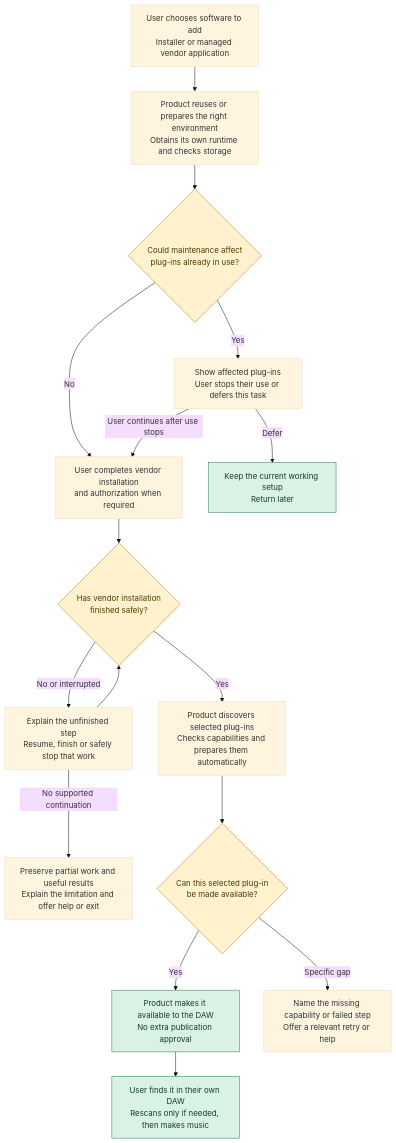
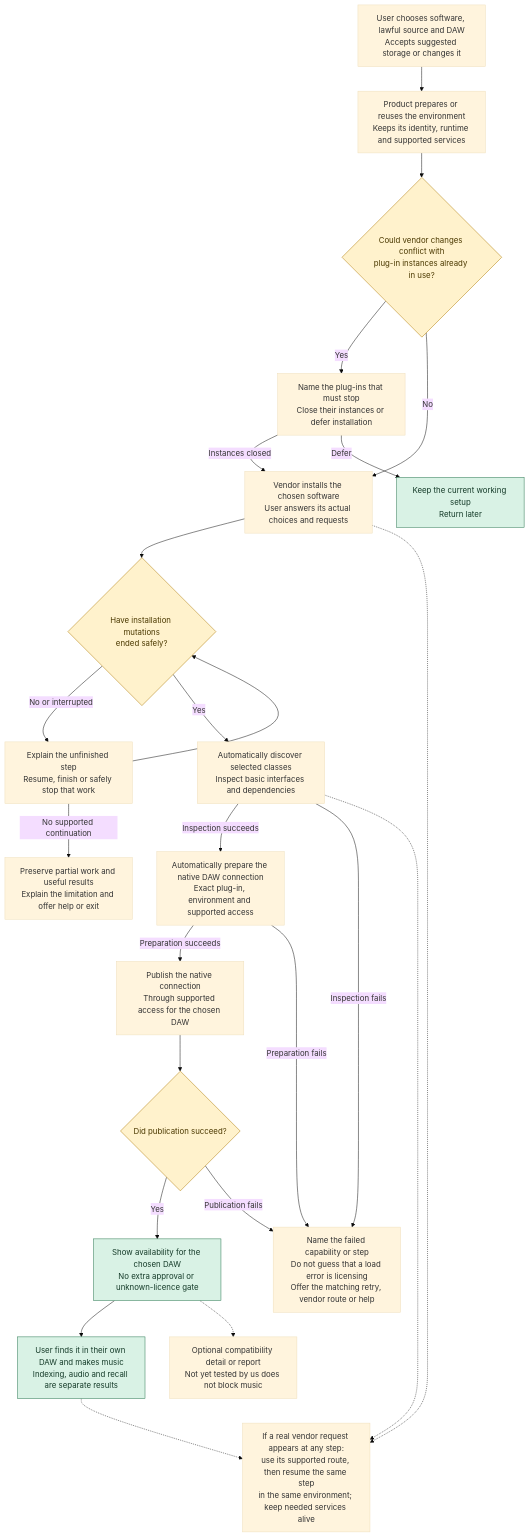
The diagram in docs/design-dossier/flows/install.mmd (kasselvania/Linux-VST-bridge), drawn with Mermaid (base theme) before and after one commit. The commit also changed 5 other files, not shown here.

Commit message:
docs: separate vendor work from DAW availability

```diff
--- a/docs/design-dossier/flows/install.mmd
+++ b/docs/design-dossier/flows/install.mmd
@@ -1,20 +1,28 @@
 flowchart TD
-    Choose["User chooses software to add<br/>Installer or managed vendor application"] --> Context["Product reuses or prepares the right environment<br/>Obtains its own runtime and checks storage"]
-    Context --> Shared{"Could maintenance affect<br/>plug-ins already in use?"}
-    Shared -->|Yes| Pause["Show affected plug-ins<br/>User stops their use or defers this task"]
-    Shared -->|No| Vendor["User completes vendor installation<br/>and authorization when required"]
-    Pause -->|User continues after use stops| Vendor
+    Choose["User chooses software, lawful source and DAW<br/>Accepts suggested storage or changes it"] --> Context["Product prepares or reuses the environment<br/>Keeps its identity, runtime and supported services"]
+    Context --> Shared{"Could vendor changes conflict with<br/>plug-in instances already in use?"}
+    Shared -->|Yes| Pause["Name the plug-ins that must stop<br/>Close their instances or defer installation"]
+    Shared -->|No| Vendor["Vendor installs the chosen software<br/>User answers its actual choices and requests"]
+    Pause -->|Instances closed| Vendor
     Pause -->|Defer| Later["Keep the current working setup<br/>Return later"]
-    Vendor --> Handoff{"Has vendor installation<br/>finished safely?"}
+    Vendor --> Handoff{"Have installation mutations<br/>ended safely?"}
     Handoff -->|No or interrupted| Recover["Explain the unfinished step<br/>Resume, finish or safely stop that work"]
     Recover --> Handoff
     Recover -->|No supported continuation| Help["Preserve partial work and useful results<br/>Explain the limitation and offer help or exit"]
-    Handoff -->|Yes| Automatic["Product discovers selected plug-ins<br/>Checks capabilities and prepares them automatically"]
-    Automatic --> Result{"Can this selected plug-in<br/>be made available?"}
-    Result -->|Yes| Available["Product makes it available to the DAW<br/>No extra publication approval"]
-    Result -->|Specific gap| Problem["Name the missing capability or failed step<br/>Offer a relevant retry or help"]
-    Available --> Music["User finds it in their own DAW<br/>Rescans only if needed, then makes music"]
+    Handoff -->|Yes| Discover["Automatically discover selected classes<br/>Inspect basic interfaces and dependencies"]
+    Discover -->|Inspection succeeds| Prepare["Automatically prepare the native DAW connection<br/>Exact plug-in, environment and supported access"]
+    Discover -->|Inspection fails| Problem["Name the failed capability or step<br/>Do not guess that a load error is licensing<br/>Offer the matching retry, vendor route or help"]
+    Prepare -->|Preparation succeeds| Publish["Publish the native connection<br/>Through supported access for the chosen DAW"]
+    Prepare -->|Preparation fails| Problem
+    Publish --> Result{"Did publication succeed?"}
+    Result -->|Yes| Available["Show availability for the chosen DAW<br/>No extra approval or unknown-licence gate"]
+    Result -->|Publication fails| Problem
+    Available --> Music["User finds it in their own DAW and makes music<br/>Indexing, audio and recall are separate results"]
+    Vendor -.-> Auth["If a real vendor request appears at any step:<br/>use its supported route, then resume the same step<br/>in the same environment; keep needed services alive"]
+    Discover -.-> Auth
+    Music -.-> Auth
+    Available -.-> Evidence["Optional compatibility detail or report<br/>Not yet tested by us does not block music"]
     classDef outcome fill:#d9f2e5,stroke:#26734d,color:#153b29
     classDef choice fill:#fff2cc,stroke:#ad7900,color:#4b3900
     class Available,Music,Later outcome
     class Shared,Handoff,Result choice
```
